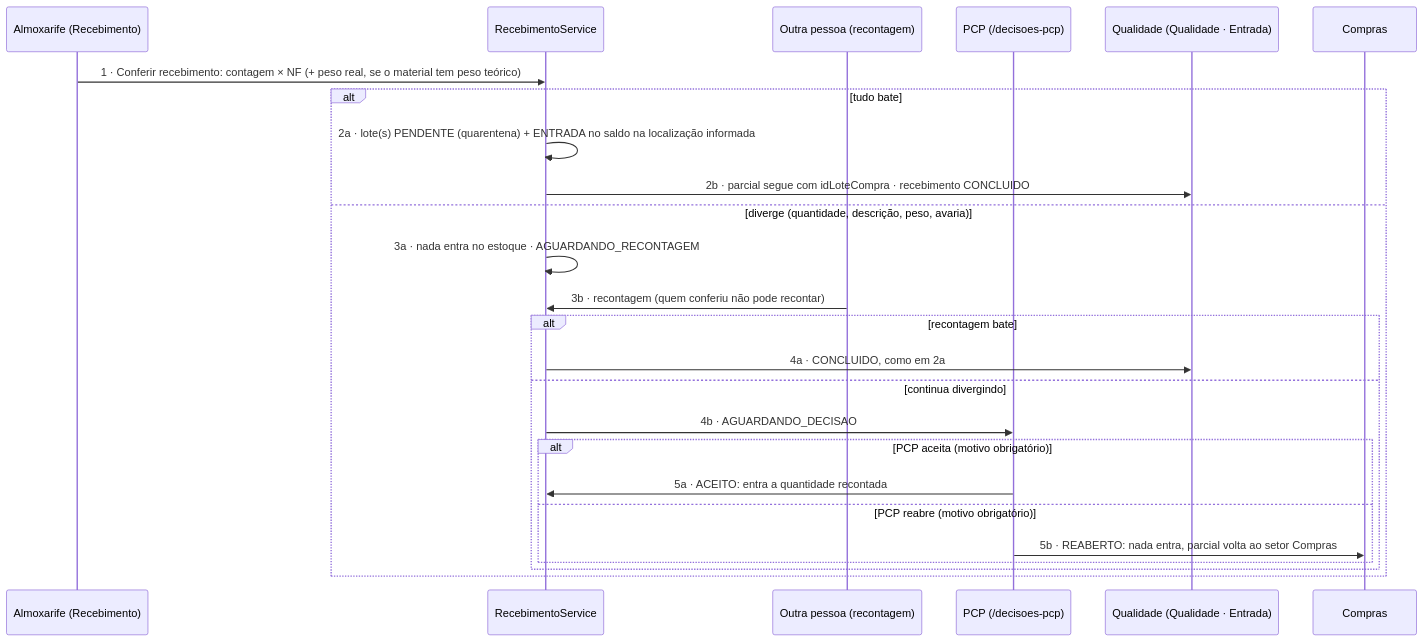
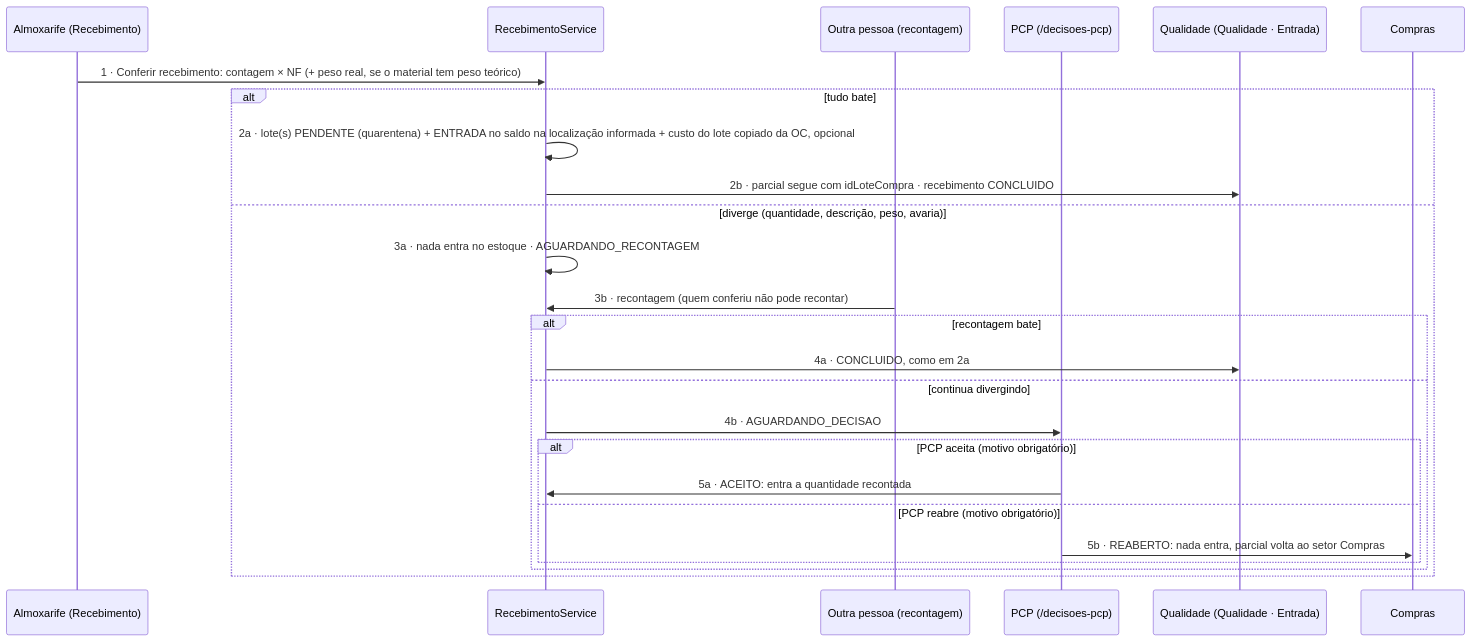
One commit to Acosvital/vault-avhub-mer changed the first of 2 diagrams in 02-PRD-Estoque/Fluxo-Recebimento-Completo.md. Above: the diagram before and after it, drawn with Mermaid. The commit also changed other lines of this file and 7 other files, not shown here.

First line of the commit message:
docs(vault): custo do lote nos fluxogramas, fluxos de Compras/Recebimento/Estoque, UML e Rota-Revenda

````diff
--- a/02-PRD-Estoque/Fluxo-Recebimento-Completo.md
+++ b/02-PRD-Estoque/Fluxo-Recebimento-Completo.md
@@ -23,28 +23,28 @@
 ```mermaid
 sequenceDiagram
     participant Alm as Almoxarife (Recebimento)
     participant Sist as RecebimentoService
     participant Outro as Outra pessoa (recontagem)
     participant PCP as PCP (/decisoes-pcp)
     participant Qual as Qualidade (Qualidade · Entrada)
     participant Comp as Compras
 
     Alm->>Sist: 1 · Conferir recebimento: contagem × NF (+ peso real, se o material tem peso teórico)
     alt tudo bate
-        Sist->>Sist: 2a · lote(s) PENDENTE (quarentena) + ENTRADA no saldo na localização informada
+        Sist->>Sist: 2a · lote(s) PENDENTE (quarentena) + ENTRADA no saldo na localização informada + custo do lote copiado da OC, opcional
         Sist->>Qual: 2b · parcial segue com idLoteCompra · recebimento CONCLUIDO
     else diverge (quantidade, descrição, peso, avaria)
         Sist->>Sist: 3a · nada entra no estoque · AGUARDANDO_RECONTAGEM
         Outro->>Sist: 3b · recontagem (quem conferiu não pode recontar)
         alt recontagem bate
             Sist->>Qual: 4a · CONCLUIDO, como em 2a
         else continua divergindo
             Sist->>PCP: 4b · AGUARDANDO_DECISAO
             alt PCP aceita (motivo obrigatório)
                 PCP->>Sist: 5a · ACEITO: entra a quantidade recontada
             else PCP reabre (motivo obrigatório)
                 PCP->>Comp: 5b · REABERTO: nada entra, parcial volta ao setor Compras
             end
         end
     end
 ```
````
